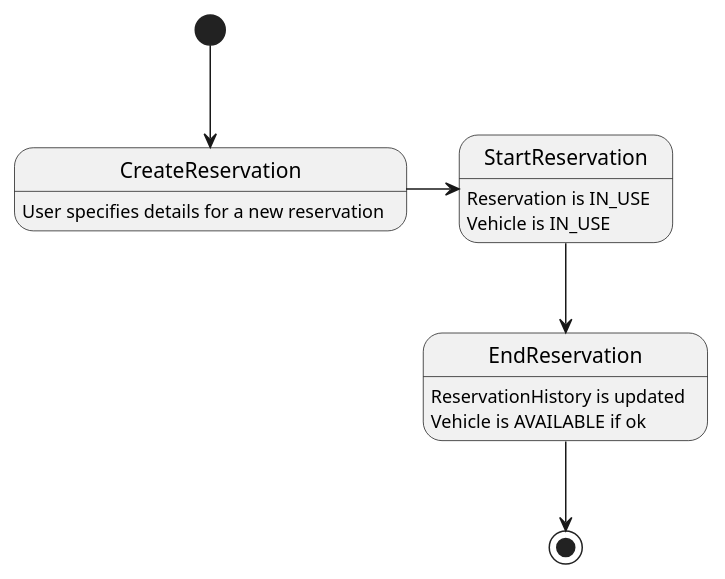
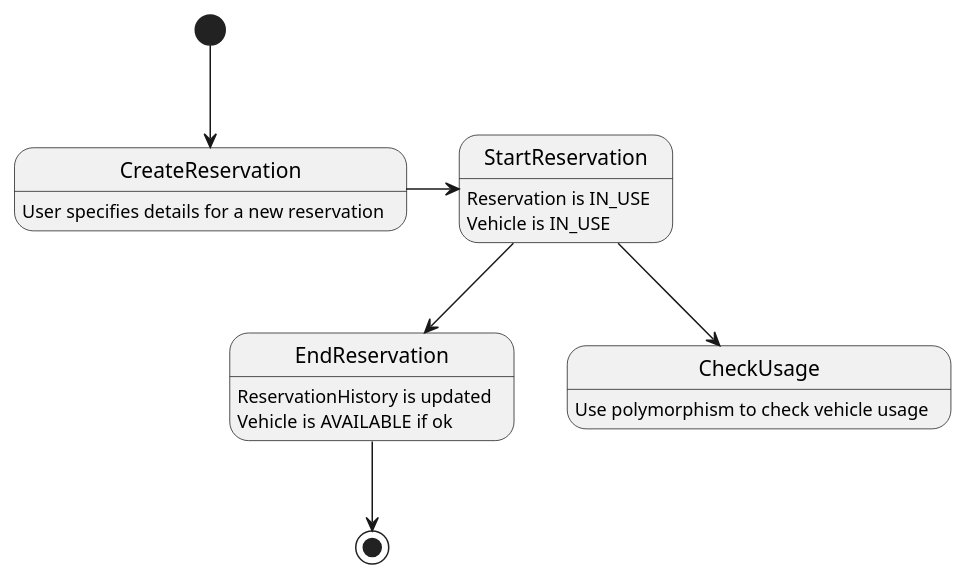
One commit to v-tadipatri/carrental-uml changed the diagram in state.puml. Above: the diagram before and after it, drawn with PlantUML.

Commit message:
Include usage check

```diff
--- a/state.puml
+++ b/state.puml
@@ -1,15 +1,18 @@
 @startuml
 
 [*] --> CreateReservation
 CreateReservation : User specifies details for a new reservation
 CreateReservation -> StartReservation
 
 StartReservation --> EndReservation
 StartReservation : Reservation is IN_USE
 StartReservation : Vehicle is IN_USE
 
+StartReservation --> CheckUsage
+CheckUsage : Use polymorphism to check vehicle usage
+
 EndReservation --> [*]
 EndReservation : ReservationHistory is updated
 EndReservation : Vehicle is AVAILABLE if ok
 
 @enduml
```
